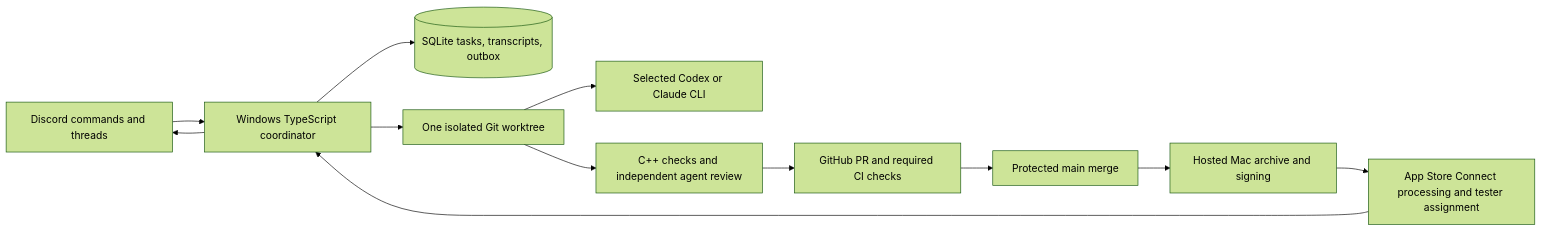
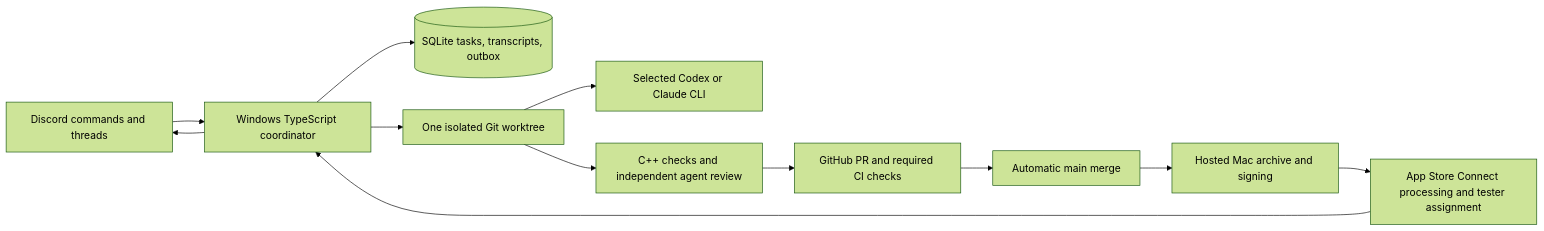
The diagram in docs/architecture.md (YotamHarris/Y-Y), drawn with Mermaid (forest theme) before and after one commit. The commit also changed other lines of this file and 11 other files, not shown here.

````diff
--- a/docs/architecture.md
+++ b/docs/architecture.md
@@ -3,14 +3,14 @@
 ```mermaid
 flowchart LR
   D[Discord commands and threads] --> B[Windows TypeScript coordinator]
   B --> Q[(SQLite tasks, transcripts, outbox)]
   B --> W[One isolated Git worktree]
   W --> A[Selected Codex or Claude CLI]
   W --> C[C++ checks and independent agent review]
   C --> P[GitHub PR and required CI checks]
-  P --> M[Protected main merge]
+  P --> M[Automatic main merge]
   M --> I[Hosted Mac archive and signing]
   I --> T[App Store Connect processing and tester assignment]
   T --> B
   B --> D
 ```
````
